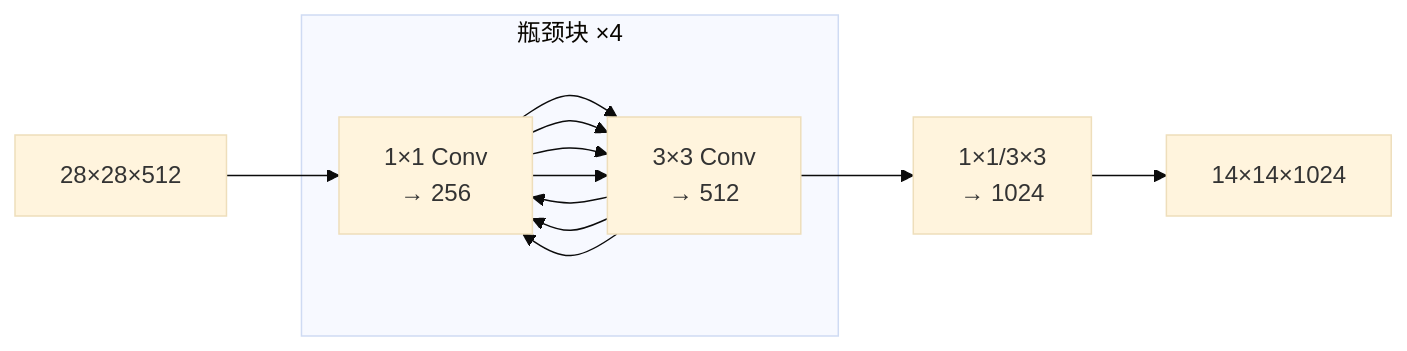
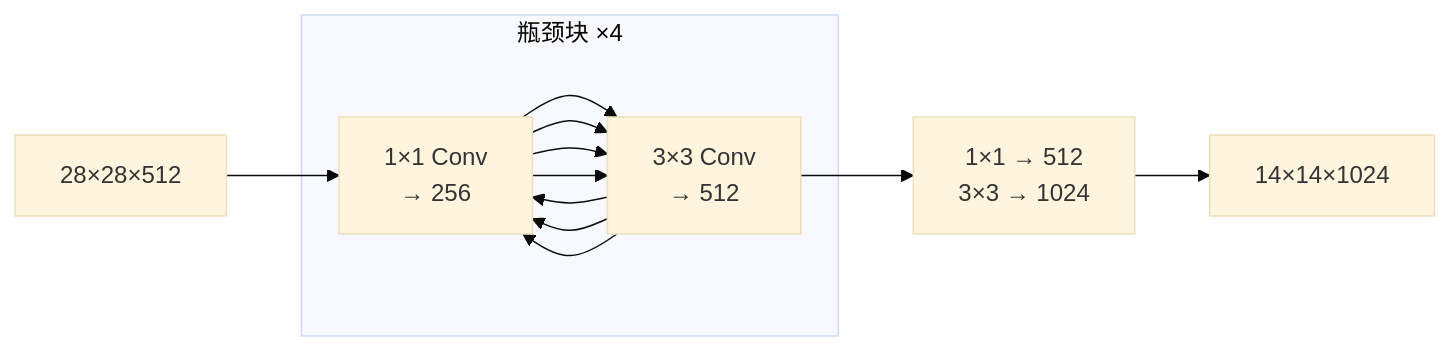
Before and after one commit to yejinlei/agent-yolo: the second of 4 diagrams in docs/versions/v1/architecture.md, drawn with Mermaid (base theme). The commit also changed other lines of this file and 6 other files, not shown here.

First line of the commit message:
根治 mermaid 节点文字被裁（CSS 行高泄漏）+ 修复 8 张完全不渲染的图

````diff
--- a/docs/versions/v1/architecture.md
+++ b/docs/versions/v1/architecture.md
@@ -111,13 +111,13 @@
 ```mermaid
 flowchart LR
     IN["28×28×512"]
     subgraph BLOCK["瓶颈块 ×4"]
         C1["1×1 Conv<br/>→ 256"]
         C2["3×3 Conv<br/>→ 512"]
     end
-    TRANS["1×1/3×3<br/>→ 1024"]
+    TRANS["1×1 → 512<br/>3×3 → 1024"]
     OUT["14×14×1024"]
 
     IN --> C1 --> C2 --> C1 --> C2 --> C1 --> C2 --> C1 --> C2
     C2 --> TRANS --> OUT
 ```
````
